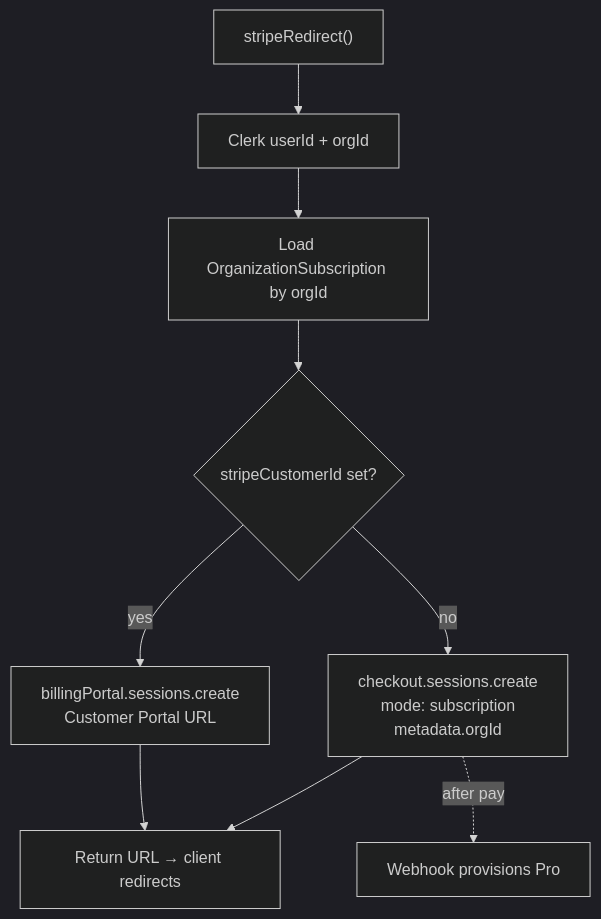
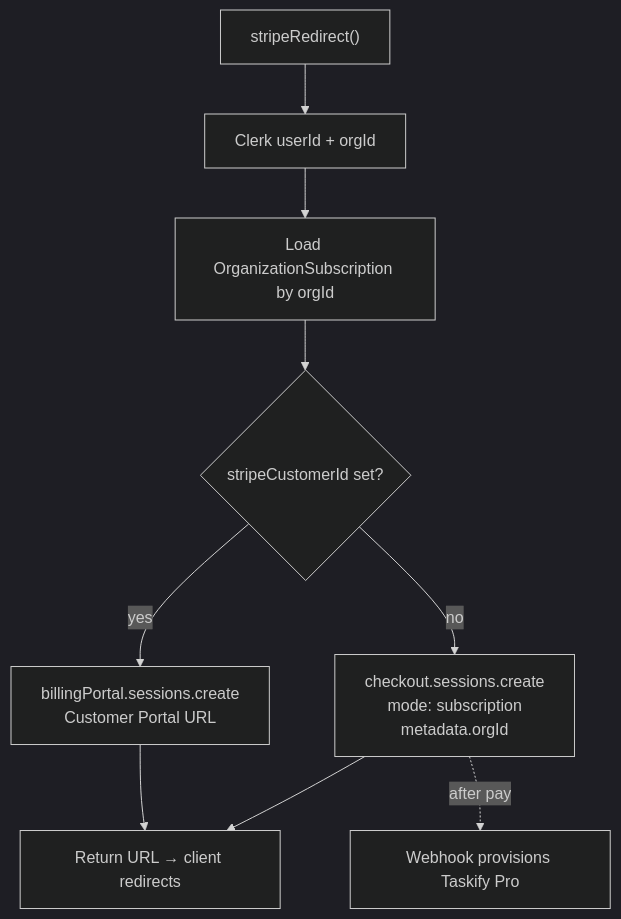
One commit to manhcuongdtbk/taskify changed the fourth of 7 diagrams in docs/stripe.md. Above: the diagram before and after it, drawn with Mermaid (dark theme). The commit also changed other lines of this file and 8 other files, not shown here.

````diff
--- a/docs/stripe.md
+++ b/docs/stripe.md
@@ -209,11 +220,11 @@
 ```mermaid
 flowchart TD
   Start["stripeRedirect()"] --> Auth["Clerk userId + orgId"]
   Auth --> Lookup["Load OrganizationSubscription by orgId"]
   Lookup --> Has{"stripeCustomerId set?"}
   Has -->|yes| Portal["billingPortal.sessions.create<br/>Customer Portal URL"]
   Has -->|no| Checkout["checkout.sessions.create<br/>mode: subscription<br/>metadata.orgId"]
   Portal --> Return["Return URL → client redirects"]
   Checkout --> Return
-  Checkout -.->|after pay| WH["Webhook provisions Pro"]
+  Checkout -.->|after pay| WH["Webhook provisions Taskify Pro"]
 ```
````
